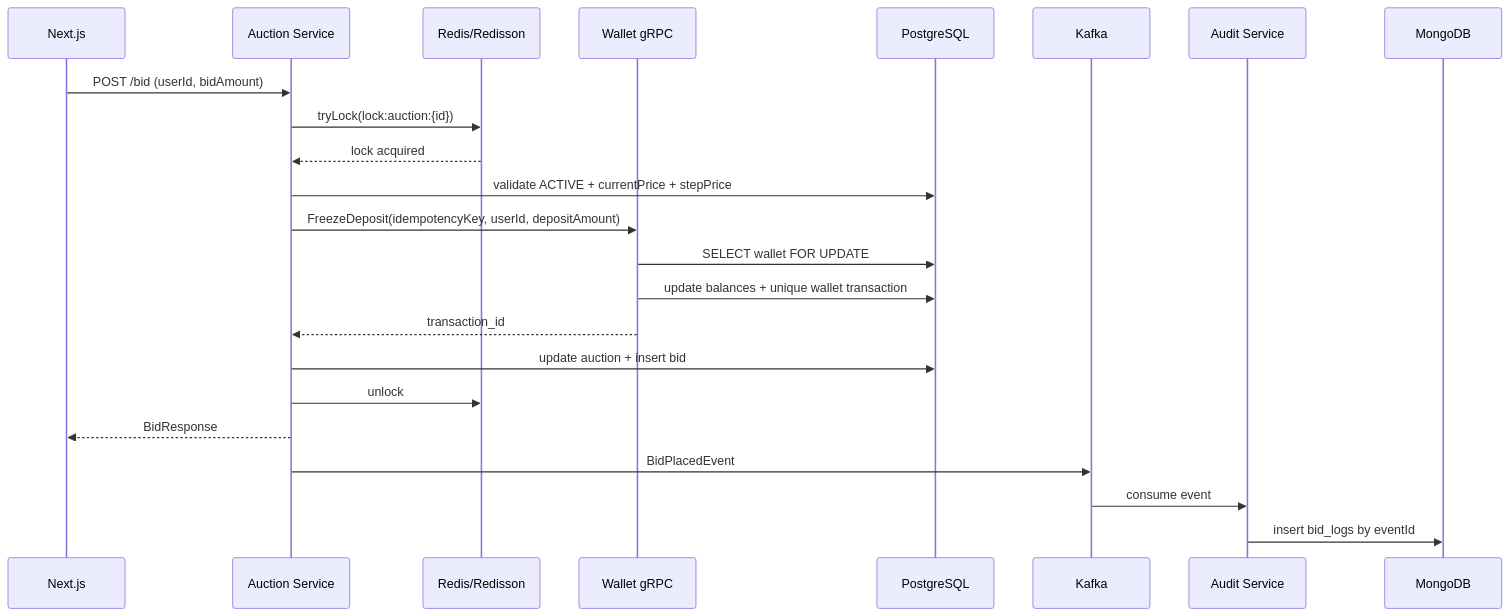
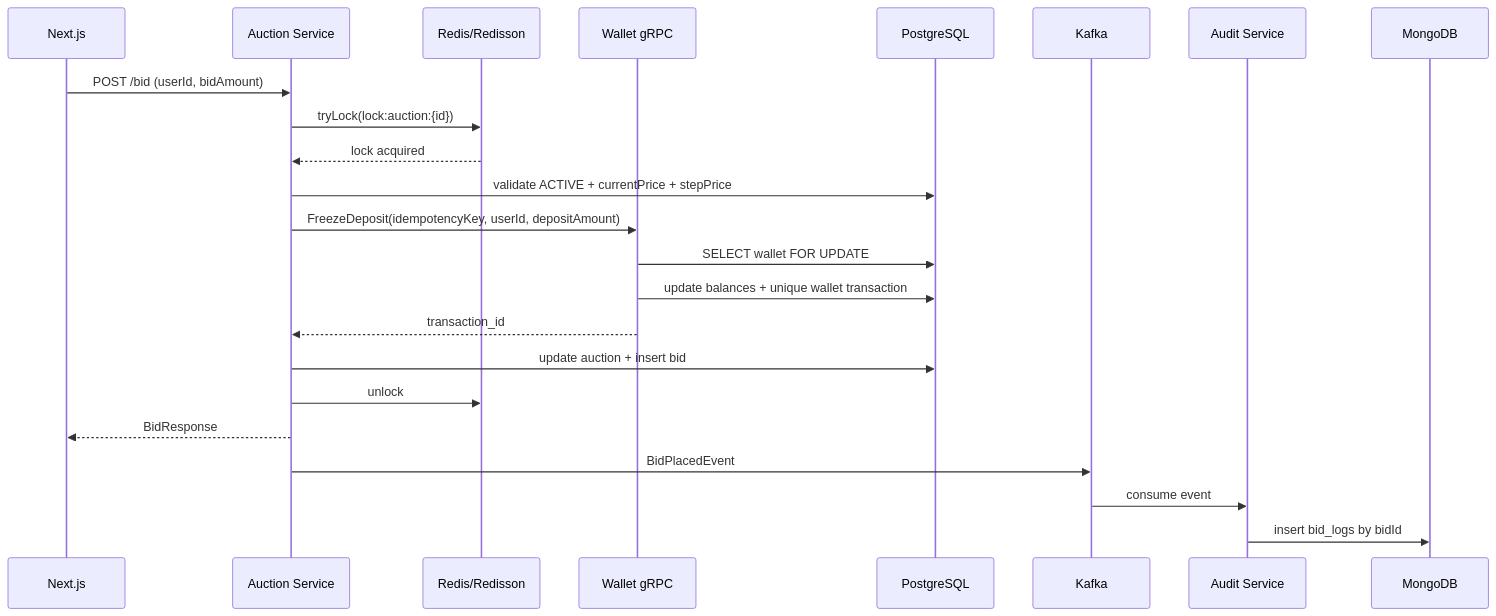
One commit to okuminhphen/omnibid changed the second of 3 diagrams in README.md. Above: the diagram before and after it, drawn with Mermaid. The commit also changed other lines of this file and 34 other files, not shown here.

````diff
--- a/README.md
+++ b/README.md
@@ -37,26 +38,26 @@
 ```mermaid
 sequenceDiagram
     participant UI as Next.js
     participant A as Auction Service
     participant R as Redis/Redisson
     participant W as Wallet gRPC
     participant DB as PostgreSQL
     participant K as Kafka
     participant AU as Audit Service
     participant M as MongoDB
 
     UI->>A: POST /bid (userId, bidAmount)
     A->>R: tryLock(lock:auction:{id})
     R-->>A: lock acquired
     A->>DB: validate ACTIVE + currentPrice + stepPrice
     A->>W: FreezeDeposit(idempotencyKey, userId, depositAmount)
     W->>DB: SELECT wallet FOR UPDATE
     W->>DB: update balances + unique wallet transaction
     W-->>A: transaction_id
     A->>DB: update auction + insert bid
     A->>R: unlock
     A-->>UI: BidResponse
     A->>K: BidPlacedEvent
     K->>AU: consume event
-    AU->>M: insert bid_logs by eventId
+    AU->>M: insert bid_logs by bidId
 ```
````
